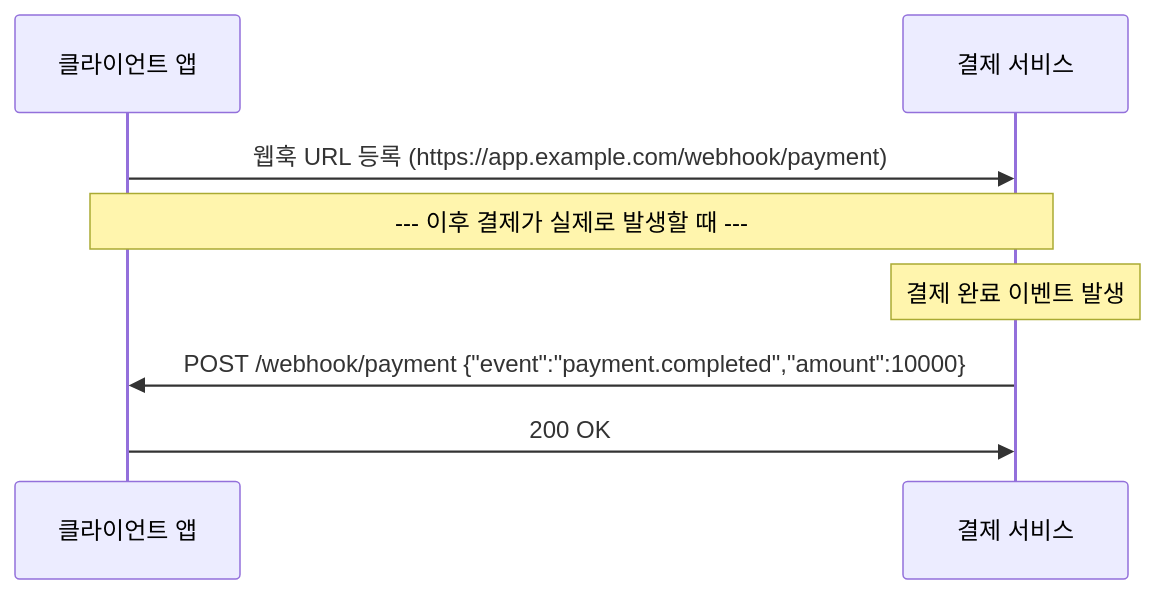
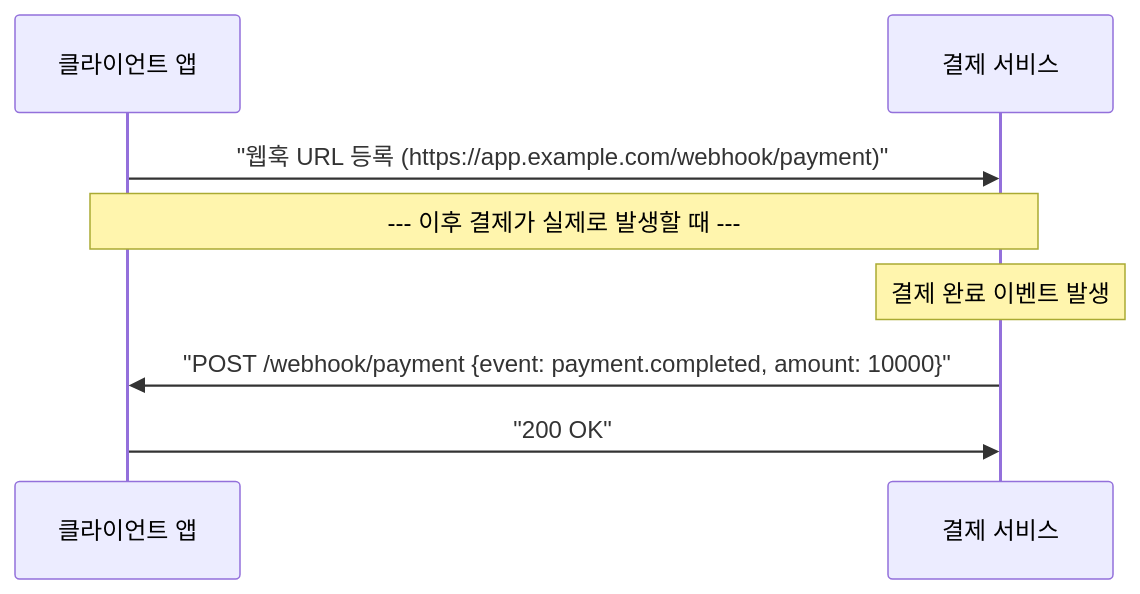
Before and after one commit to 42jerrykim/42jerrykim.github.io: the diagram in content/collection/computerterms/webhooks/index.md, drawn with Mermaid. The commit also changed other lines of this file and 9 other files, not shown here.

````diff
--- a/content/collection/computerterms/webhooks/index.md
+++ b/content/collection/computerterms/webhooks/index.md
@@ -51,10 +51,10 @@
 ```mermaid
 sequenceDiagram
     participant App as 클라이언트 앱
     participant PG as 결제 서비스
-    App->>PG: 웹훅 URL 등록 (https://app.example.com/webhook/payment)
+    App->>PG: "웹훅 URL 등록 (https://app.example.com/webhook/payment)"
     Note over App,PG: --- 이후 결제가 실제로 발생할 때 ---
     Note over PG: 결제 완료 이벤트 발생
-    PG->>App: POST /webhook/payment {"event":"payment.completed","amount":10000}
-    App->>PG: 200 OK
+    PG->>App: "POST /webhook/payment {event: payment.completed, amount: 10000}"
+    App->>PG: "200 OK"
 ```
````
